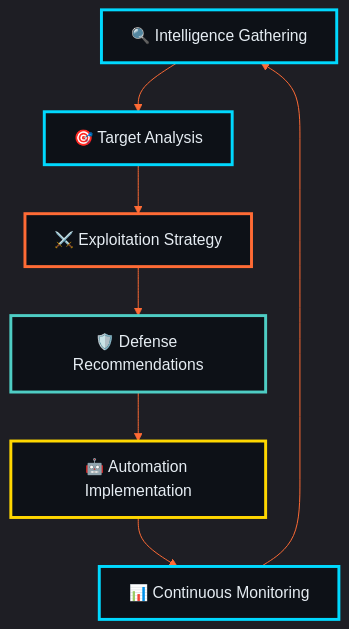
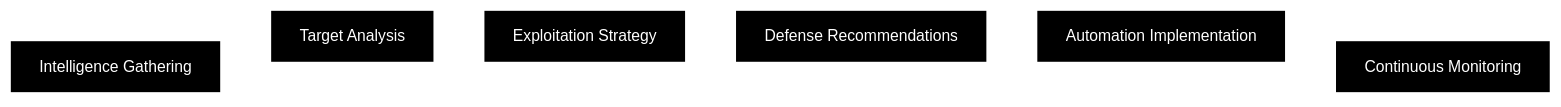
The diagram in README.md (0xb0rn3/0xb0rn3), drawn with Mermaid before and after one commit. The commit also changed other lines of this file, not shown here.

````diff
--- a/README.md
+++ b/README.md
@@ -389,17 +312,17 @@
 ```mermaid
-%%{init: {'theme':'dark', 'themeVariables': { 'primaryColor':'#0D1117', 'primaryTextColor':'#00D9FF', 'primaryBorderColor':'#00D9FF', 'lineColor':'#FF6B35', 'secondaryColor':'#161B22', 'tertiaryColor':'#0D1117', 'edgeLabelBackground':'#0D1117', 'fontFamily':'Fira Code'}}}%%
-graph TB
-    A["🔍 Intelligence Gathering"] --> B["🎯 Target Analysis"]
-    B --> C["⚔️ Exploitation Strategy"]
-    C --> D["🛡️ Defense Recommendations"]
-    D --> E["🤖 Automation Implementation"]
-    E --> F["📊 Continuous Monitoring"]
+%%{init: {'theme':'base', 'themeVariables': { 'primaryColor':'#000000', 'primaryTextColor':'#ffffff', 'primaryBorderColor':'#ffffff', 'lineColor':'#ffffff', 'secondaryColor':'#0a0a0a', 'tertiaryColor':'#1a1a1a', 'background':'#000000', 'mainBkg':'#000000', 'secondBkg':'#0a0a0a'}}}%%
+graph LR
+    A[Intelligence Gathering] --> B[Target Analysis]
+    B --> C[Exploitation Strategy]
+    C --> D[Defense Recommendations]
+    D --> E[Automation Implementation]
+    E --> F[Continuous Monitoring]
     F --> A
     
-    style A fill:#0D1117,stroke:#00D9FF,stroke-width:3px,color:#E6EDF3
-    style B fill:#0D1117,stroke:#00D9FF,stroke-width:3px,color:#E6EDF3
-    style C fill:#0D1117,stroke:#FF6B35,stroke-width:3px,color:#E6EDF3
-    style D fill:#0D1117,stroke:#4ECDC4,stroke-width:3px,color:#E6EDF3
-    style E fill:#0D1117,stroke:#FFD700,stroke-width:3px,color:#E6EDF3
-    style F fill:#0D1117,stroke:#00D9FF,stroke-width:3px,color:#E6EDF3
+    style A fill:#000,stroke:#fff,stroke-width:2px,color:#fff
+    style B fill:#000,stroke:#fff,stroke-width:2px,color:#fff
+    style C fill:#000,stroke:#fff,stroke-width:2px,color:#fff
+    style D fill:#000,stroke:#fff,stroke-width:2px,color:#fff
+    style E fill:#000,stroke:#fff,stroke-width:2px,color:#fff
+    style F fill:#000,stroke:#fff,stroke-width:2px,color:#fff
 ```
````
